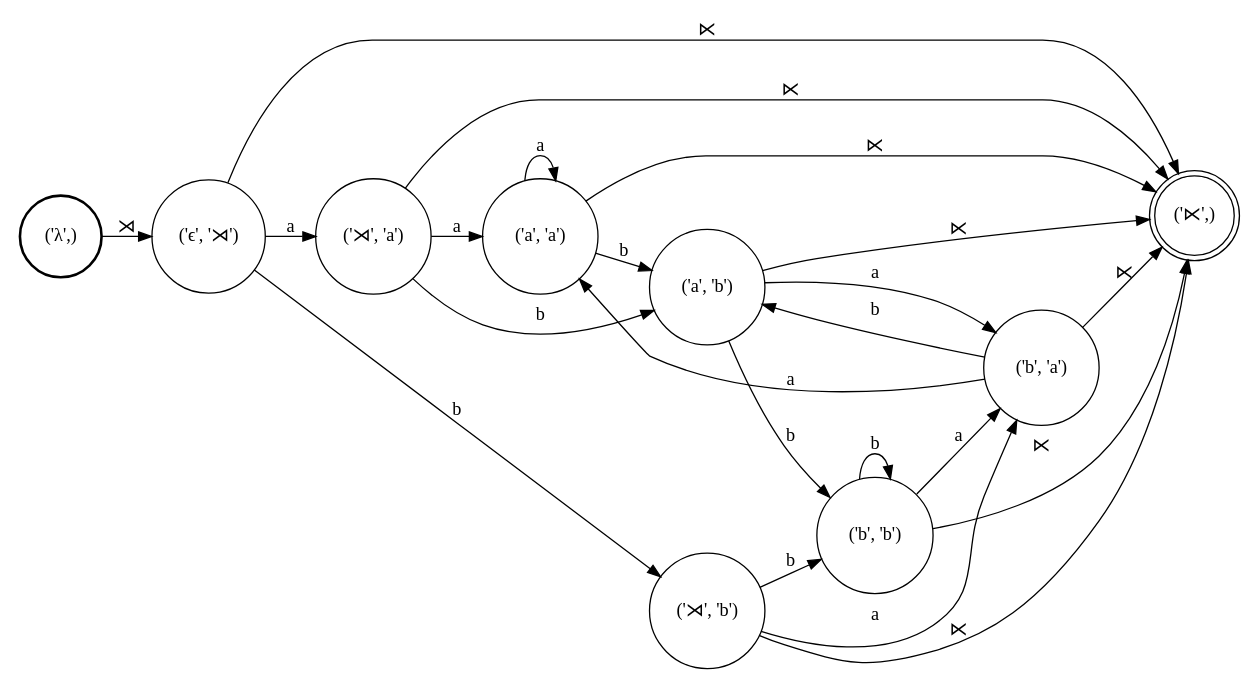
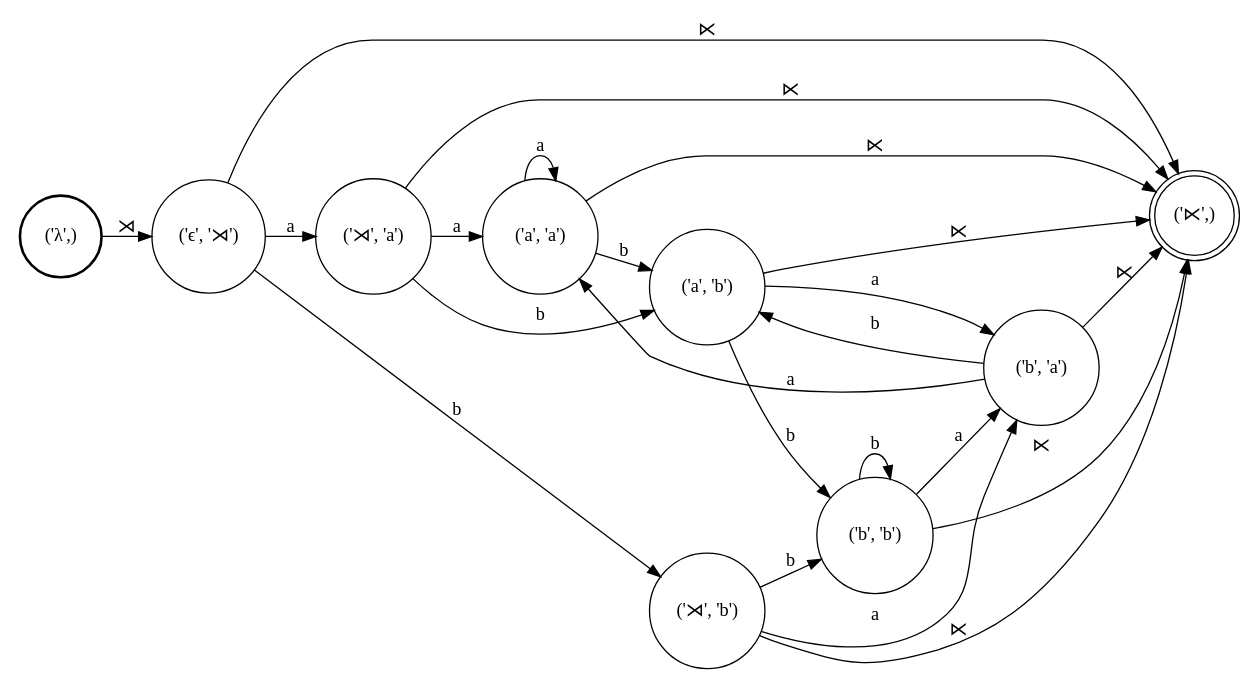
Before and after one commit to colincwilson/wynini: the diagram in demo/L.dot, drawn with Graphviz. The commit also changed 6 other files, not shown here.

```diff
--- a/demo/L.dot
+++ b/demo/L.dot
@@ -1,39 +1,39 @@
 digraph FST {
 rankdir = LR;
 size = "8.5,11";
 center = 1;
 orientation = Portrait;
 ranksep = "0.4";
 nodesep = "0.25";
 0 [label = "('λ',)", shape = circle, style = bold, fontsize = 14]
 	0 -> 1 [label = "⋊", fontsize = 14];
 1 [label = "('ϵ', '⋊')", shape = circle, style = solid, fontsize = 14]
 	1 -> 2 [label = "a", fontsize = 14];
 	1 -> 3 [label = "b", fontsize = 14];
 	1 -> 8 [label = "⋉", fontsize = 14];
 2 [label = "('⋊', 'a')", shape = circle, style = solid, fontsize = 14]
-	2 -> 6 [label = "a", fontsize = 14];
-	2 -> 7 [label = "b", fontsize = 14];
+	2 -> 4 [label = "a", fontsize = 14];
+	2 -> 5 [label = "b", fontsize = 14];
 	2 -> 8 [label = "⋉", fontsize = 14];
 3 [label = "('⋊', 'b')", shape = circle, style = solid, fontsize = 14]
-	3 -> 4 [label = "a", fontsize = 14];
-	3 -> 5 [label = "b", fontsize = 14];
+	3 -> 6 [label = "a", fontsize = 14];
+	3 -> 7 [label = "b", fontsize = 14];
 	3 -> 8 [label = "⋉", fontsize = 14];
-4 [label = "('b', 'a')", shape = circle, style = solid, fontsize = 14]
-	4 -> 6 [label = "a", fontsize = 14];
-	4 -> 7 [label = "b", fontsize = 14];
+4 [label = "('a', 'a')", shape = circle, style = solid, fontsize = 14]
+	4 -> 4 [label = "a", fontsize = 14];
+	4 -> 5 [label = "b", fontsize = 14];
 	4 -> 8 [label = "⋉", fontsize = 14];
-5 [label = "('b', 'b')", shape = circle, style = solid, fontsize = 14]
-	5 -> 4 [label = "a", fontsize = 14];
-	5 -> 5 [label = "b", fontsize = 14];
+5 [label = "('a', 'b')", shape = circle, style = solid, fontsize = 14]
+	5 -> 6 [label = "a", fontsize = 14];
+	5 -> 7 [label = "b", fontsize = 14];
 	5 -> 8 [label = "⋉", fontsize = 14];
-6 [label = "('a', 'a')", shape = circle, style = solid, fontsize = 14]
-	6 -> 6 [label = "a", fontsize = 14];
-	6 -> 7 [label = "b", fontsize = 14];
+6 [label = "('b', 'a')", shape = circle, style = solid, fontsize = 14]
+	6 -> 4 [label = "a", fontsize = 14];
+	6 -> 5 [label = "b", fontsize = 14];
 	6 -> 8 [label = "⋉", fontsize = 14];
-7 [label = "('a', 'b')", shape = circle, style = solid, fontsize = 14]
-	7 -> 4 [label = "a", fontsize = 14];
-	7 -> 5 [label = "b", fontsize = 14];
+7 [label = "('b', 'b')", shape = circle, style = solid, fontsize = 14]
+	7 -> 6 [label = "a", fontsize = 14];
+	7 -> 7 [label = "b", fontsize = 14];
 	7 -> 8 [label = "⋉", fontsize = 14];
 8 [label = "('⋉',)", shape = doublecircle, style = solid, fontsize = 14]
 }
```
